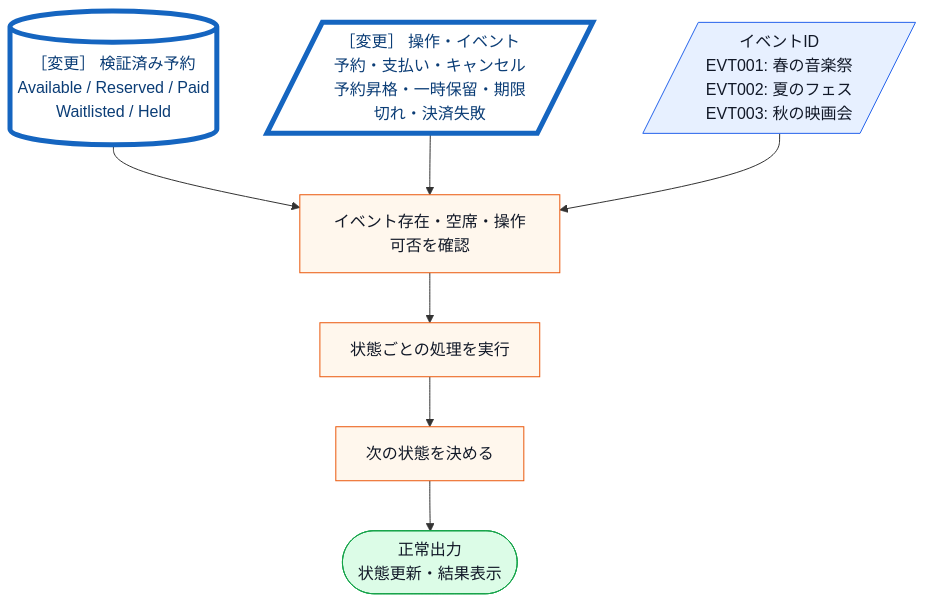
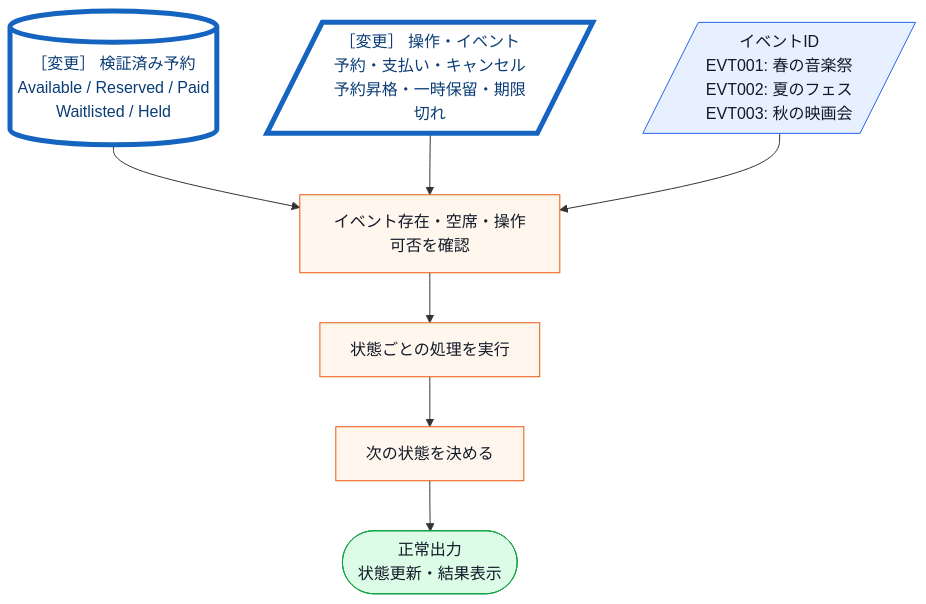
Before and after one commit to kumachan1101-pixel/DesignPattern: the eighth of 20 diagrams in kindle/design-patterns/books/volume01-core-patterns/output/04-chapter02.md, drawn with Mermaid. The commit also changed other lines of this file and 41 other files, not shown here.

````diff
--- a/kindle/design-patterns/books/volume01-core-patterns/output/04-chapter02.md
+++ b/kindle/design-patterns/books/volume01-core-patterns/output/04-chapter02.md
@@ -865,17 +897,17 @@
 ```mermaid
 flowchart TB
     A[(［変更］ 検証済み予約<br>Available / Reserved / Paid<br>Waitlisted / Held)]:::data --> B[イベント存在・空席・操作可否を確認]:::process
-    C[/［変更］ 操作・イベント<br>予約・支払い・キャンセル<br>予約昇格・一時保留・期限切れ・決済失敗/]:::input --> B
+    C[/［変更］ 操作・イベント<br>予約・支払い・キャンセル<br>予約昇格・一時保留・期限切れ/]:::input --> B
     D[/イベントID<br>EVT001: 春の音楽祭<br>EVT002: 夏のフェス<br>EVT003: 秋の映画会/]:::input --> B
     B --> F[状態ごとの処理を実行]:::process
     F --> G[次の状態を決める]:::process
     G --> H([正常出力<br>状態更新・結果表示]):::normal
 
     classDef data fill:#ecfeff,stroke:#0891b2,color:#111827;
     classDef input fill:#e7f0ff,stroke:#2563eb,color:#111827;
     classDef process fill:#fff7ed,stroke:#ea580c,color:#111827;
     classDef decision fill:#fef9c3,stroke:#ca8a04,color:#111827;
     classDef normal fill:#dcfce7,stroke:#16a34a,color:#111827;
     class A,C touched;
     classDef touched fill:#ffffff,stroke:#1565c0,stroke-width:5px,color:#0b3d76;
 ```
````
